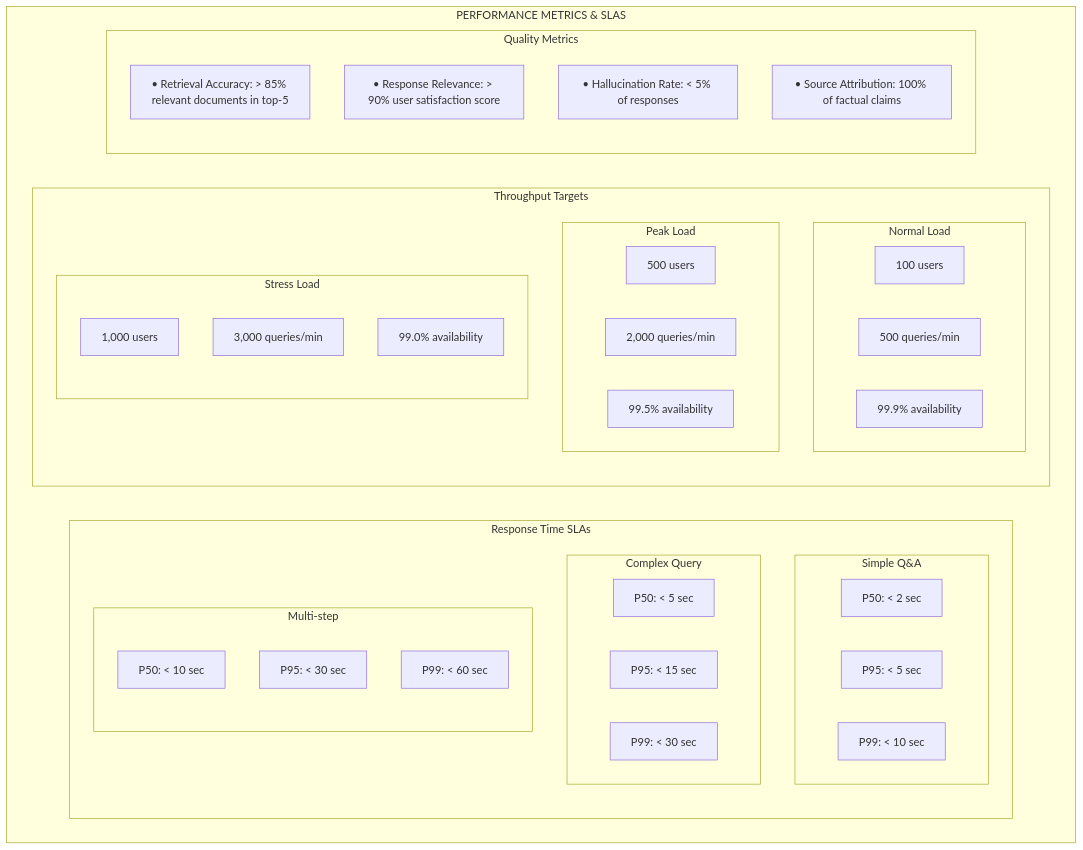
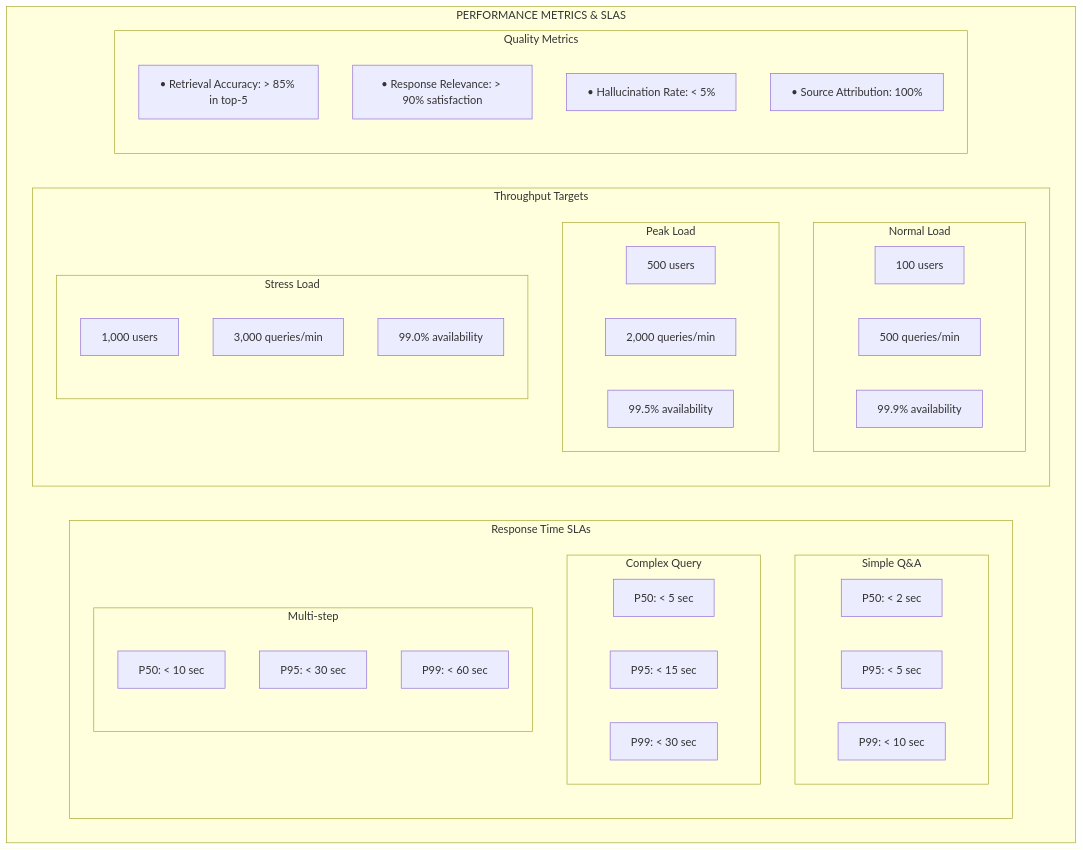
One commit to satinath-nit/llm-rag-cookbook changed diagram 16 of 21 in rag_solution_architecture_document (1).md. Above: the diagram before and after it, drawn with Mermaid. The commit also changed other lines of this file, not shown here.

````diff
--- a/rag_solution_architecture_document (1).md
+++ b/rag_solution_architecture_document (1).md
@@ -946,51 +946,51 @@
 ```mermaid
 graph TB
     subgraph "PERFORMANCE METRICS & SLAS"
         subgraph "Response Time SLAs"
             subgraph "Simple Q&A"
                 SQA_P50["P50: < 2 sec"]
                 SQA_P95["P95: < 5 sec"]
                 SQA_P99["P99: < 10 sec"]
             end
             
             subgraph "Complex Query"
                 CQ_P50["P50: < 5 sec"]
                 CQ_P95["P95: < 15 sec"]
                 CQ_P99["P99: < 30 sec"]
             end
             
             subgraph "Multi-step"
                 MS_P50["P50: < 10 sec"]
                 MS_P95["P95: < 30 sec"]
                 MS_P99["P99: < 60 sec"]
             end
         end
         
         subgraph "Throughput Targets"
             subgraph "Normal Load"
                 NL_Users["100 users"]
                 NL_QPM["500 queries/min"]
                 NL_Avail["99.9% availability"]
             end
             
             subgraph "Peak Load"
                 PL_Users["500 users"]
                 PL_QPM["2,000 queries/min"]
                 PL_Avail["99.5% availability"]
             end
             
             subgraph "Stress Load"
                 SL_Users["1,000 users"]
                 SL_QPM["3,000 queries/min"]
                 SL_Avail["99.0% availability"]
             end
         end
         
         subgraph "Quality Metrics"
-            QM1["• Retrieval Accuracy: > 85% relevant documents in top-5"]
-            QM2["• Response Relevance: > 90% user satisfaction score"]
-            QM3["• Hallucination Rate: < 5% of responses"]
-            QM4["• Source Attribution: 100% of factual claims"]
+            QM1["• Retrieval Accuracy: > 85% in top-5"]
+            QM2["• Response Relevance: > 90% satisfaction"]
+            QM3["• Hallucination Rate: < 5%"]
+            QM4["• Source Attribution: 100%"]
         end
     end
 ```
````
